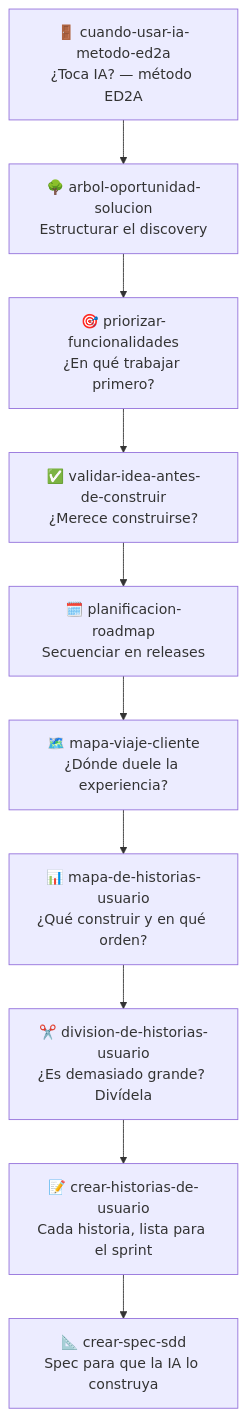
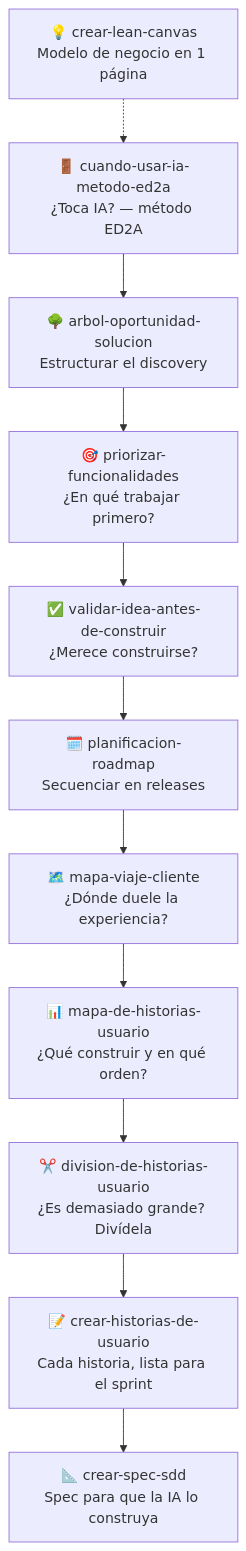
One commit to javier-garzas/ia-product-management changed the diagram in README.md. Above: the diagram before and after it, drawn with Mermaid. The commit also changed other lines of this file and 1 other file, not shown here.

Commit message:
Anade la skill crear-lean-canvas (guia facilitada, Ash Maurya)

````diff
--- a/README.md
+++ b/README.md
@@ -28,14 +28,16 @@
 ```mermaid
 flowchart TD
+    LC["💡 crear-lean-canvas<br/>Modelo de negocio en 1 página"]
     A["🚪 cuando-usar-ia-metodo-ed2a<br/>¿Toca IA? — método ED2A"]
     T["🌳 arbol-oportunidad-solucion<br/>Estructurar el discovery"]
     P["🎯 priorizar-funcionalidades<br/>¿En qué trabajar primero?"]
     B["✅ validar-idea-antes-de-construir<br/>¿Merece construirse?"]
     R["🗓️ planificacion-roadmap<br/>Secuenciar en releases"]
     C["🗺️ mapa-viaje-cliente<br/>¿Dónde duele la experiencia?"]
     D["📊 mapa-de-historias-usuario<br/>¿Qué construir y en qué orden?"]
     G["✂️ division-de-historias-usuario<br/>¿Es demasiado grande? Divídela"]
     E["📝 crear-historias-de-usuario<br/>Cada historia, lista para el sprint"]
     F["📐 crear-spec-sdd<br/>Spec para que la IA lo construya"]
+    LC -.-> A
     A --> T --> P --> B --> R --> C --> D --> G --> E --> F
 ```
````
